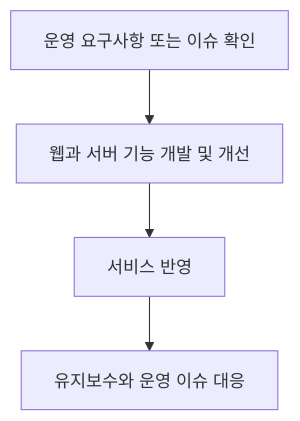
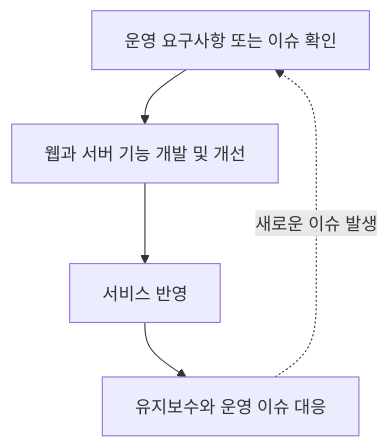
The diagram in projects/public-education/operations.md (KimHG1995/work-history), drawn with Mermaid before and after one commit. The commit also changed 4 other files, not shown here.

Commit message:
docs: 업무 단계와 구조 전환을 구분해 Mermaid 가독성 개선

````diff
--- a/projects/public-education/operations.md
+++ b/projects/public-education/operations.md
@@ -41,6 +41,7 @@
 ```mermaid
 flowchart TB
     request["운영 요구사항 또는 이슈 확인"] --> develop["웹과 서버 기능 개발 및 개선"]
     develop --> service["서비스 반영"]
     service --> operation["유지보수와 운영 이슈 대응"]
+    operation -.->|새로운 이슈 발생| request
 ```
````
